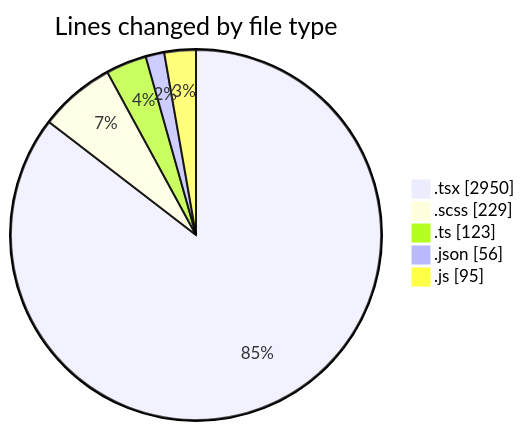
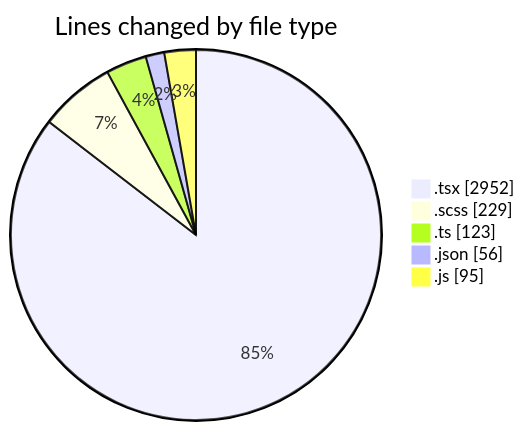
The first of 2 diagrams in 2026-10-30/cda/README.md (momahboobian/code-tracking), drawn with Mermaid before and after one commit. The commit also changed other lines of this file and 1 other file, not shown here.

````diff
--- a/2026-10-30/cda/README.md
+++ b/2026-10-30/cda/README.md
@@ -41,9 +41,9 @@
 ```mermaid
 pie showData
 title Lines changed by file type
-".tsx" : 2950
+".tsx" : 2952
 ".scss" : 229
 ".ts" : 123
 ".json" : 56
 ".js" : 95
 ```
````
